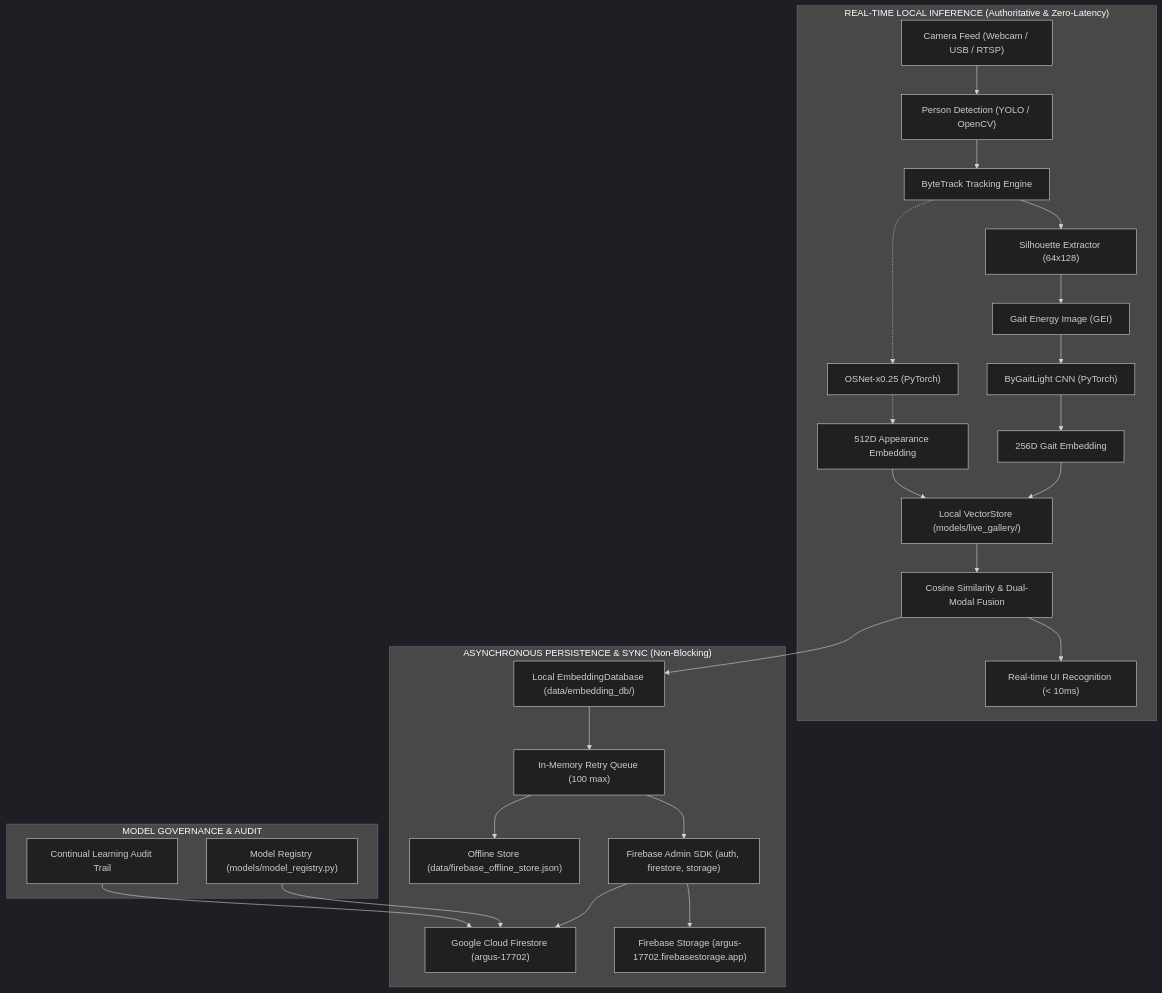
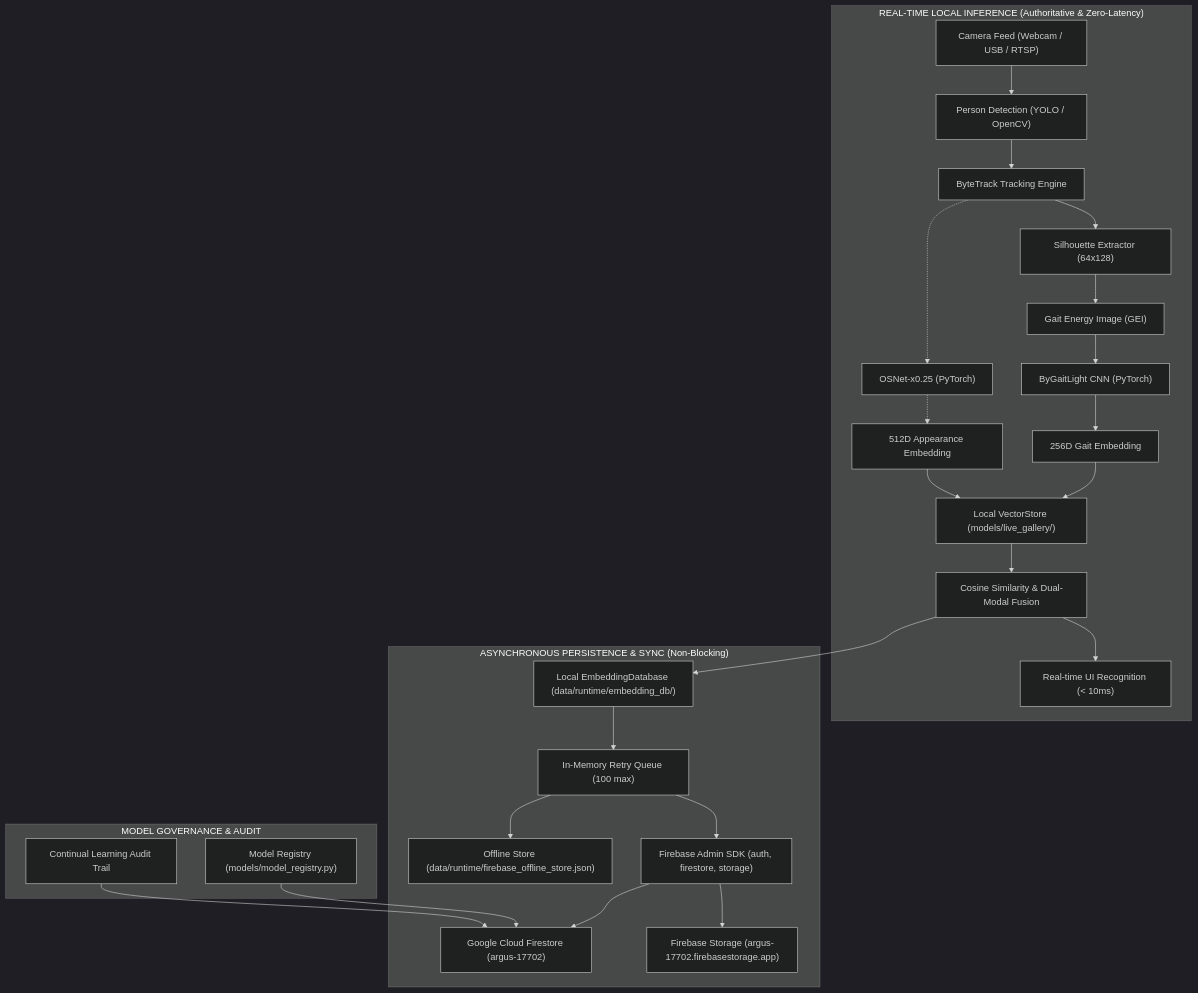
Before and after one commit to chanuka8/argus-gait-recognition: the diagram in docs/firebase_architecture.md, drawn with Mermaid (dark theme). The commit also changed other lines of this file and 80 other files, not shown here.

````diff
--- a/docs/firebase_architecture.md
+++ b/docs/firebase_architecture.md
@@ -7,31 +7,31 @@
 ```mermaid
 flowchart TD
     subgraph LocalEdge["REAL-TIME LOCAL INFERENCE (Authoritative & Zero-Latency)"]
         Cam["Camera Feed (Webcam / USB / RTSP)"] --> Det["Person Detection (YOLO / OpenCV)"]
         Det --> Track["ByteTrack Tracking Engine"]
         Track --> Sil["Silhouette Extractor (64x128)"]
         Sil --> GEI["Gait Energy Image (GEI)"]
         GEI --> CNN["ByGaitLight CNN (PyTorch)"]
         CNN --> Emb["256D Gait Embedding"]
         Track -.-> OSNet["OSNet-x0.25 (PyTorch)"]
         OSNet -.-> AppEmb["512D Appearance Embedding"]
         Emb --> VecStore["Local VectorStore (models/live_gallery/)"]
         AppEmb --> VecStore
         VecStore --> Match["Cosine Similarity & Dual-Modal Fusion"]
         Match --> RealtimeAlert["Real-time UI Recognition (< 10ms)"]
     end
 
     subgraph AsyncSync["ASYNCHRONOUS PERSISTENCE & SYNC (Non-Blocking)"]
-        Match --> LocalDB["Local EmbeddingDatabase (data/embedding_db/)"]
+        Match --> LocalDB["Local EmbeddingDatabase (data/runtime/embedding_db/)"]
         LocalDB --> RetryQ["In-Memory Retry Queue (100 max)"]
-        RetryQ --> OfflineFile["Offline Store (data/firebase_offline_store.json)"]
+        RetryQ --> OfflineFile["Offline Store (data/runtime/firebase_offline_store.json)"]
         RetryQ --> AdminSDK["Firebase Admin SDK (auth, firestore, storage)"]
         AdminSDK --> Firestore["Google Cloud Firestore (argus-17702)"]
         AdminSDK --> GCS["Firebase Storage (argus-17702.firebasestorage.app)"]
     end
 
     subgraph Governance["MODEL GOVERNANCE & AUDIT"]
         ModelReg["Model Registry (models/model_registry.py)"] --> Firestore
         AuditTrail["Continual Learning Audit Trail"] --> Firestore
     end
 ```
````
